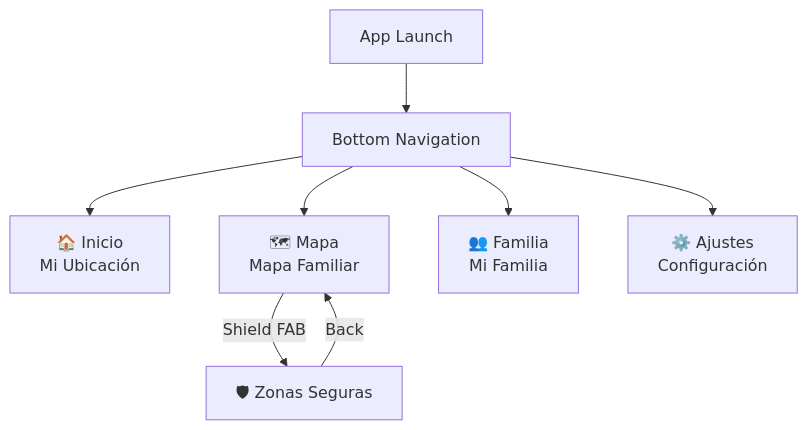
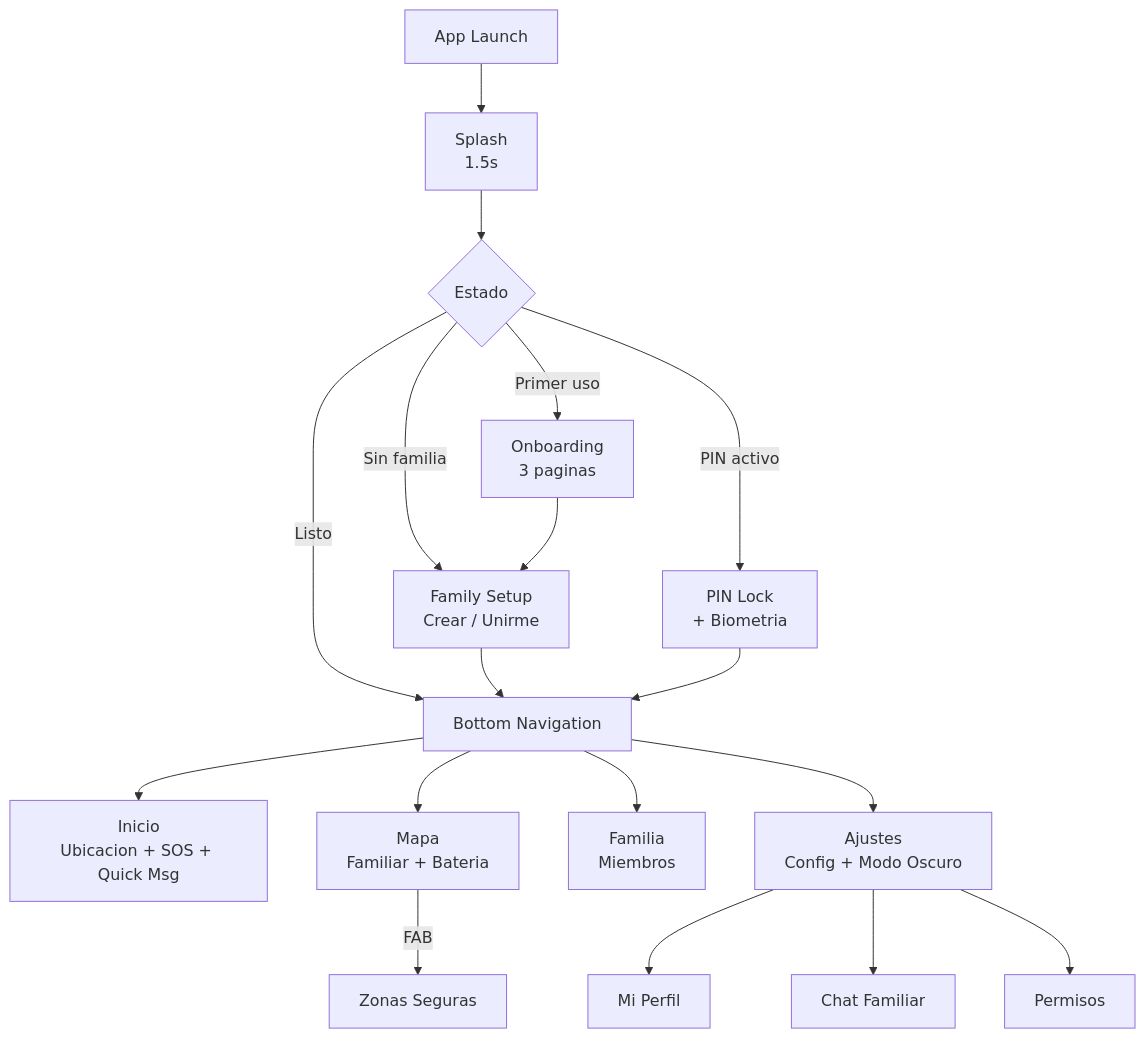
One commit to monghithub/familitrack changed the second of 2 diagrams in README.md. Above: the diagram before and after it, drawn with Mermaid. The commit also changed other lines of this file and 7 other files, not shown here.

````diff
--- a/README.md
+++ b/README.md
@@ -177,10 +227,23 @@
 ```mermaid
 graph TD
-    APP[App Launch] --> NAV[Bottom Navigation]
-    NAV --> HOME[🏠 Inicio<br/>Mi Ubicación]
-    NAV --> MAP[🗺 Mapa<br/>Mapa Familiar]
-    NAV --> FAM[👥 Familia<br/>Mi Familia]
-    NAV --> SET[⚙️ Ajustes<br/>Configuración]
-    MAP -->|Shield FAB| SZ[🛡 Zonas Seguras]
-    SZ -->|Back| MAP
+    APP[App Launch] --> SPLASH[Splash<br/>1.5s]
+    SPLASH --> CHECK{Estado}
+
+    CHECK -->|Primer uso| ONB[Onboarding<br/>3 paginas]
+    CHECK -->|Sin familia| SETUP[Family Setup<br/>Crear / Unirme]
+    CHECK -->|PIN activo| PIN[PIN Lock<br/>+ Biometria]
+    CHECK -->|Listo| NAV
+
+    ONB --> SETUP --> NAV
+    PIN --> NAV
+
+    NAV[Bottom Navigation] --> HOME[Inicio<br/>Ubicacion + SOS + Quick Msg]
+    NAV --> MAP[Mapa<br/>Familiar + Bateria]
+    NAV --> FAM[Familia<br/>Miembros]
+    NAV --> SET[Ajustes<br/>Config + Modo Oscuro]
+
+    MAP -->|FAB| SZ[Zonas Seguras]
+    SET --> PROF[Mi Perfil]
+    SET --> CHAT[Chat Familiar]
+    SET --> PERM[Permisos]
 ```
````
